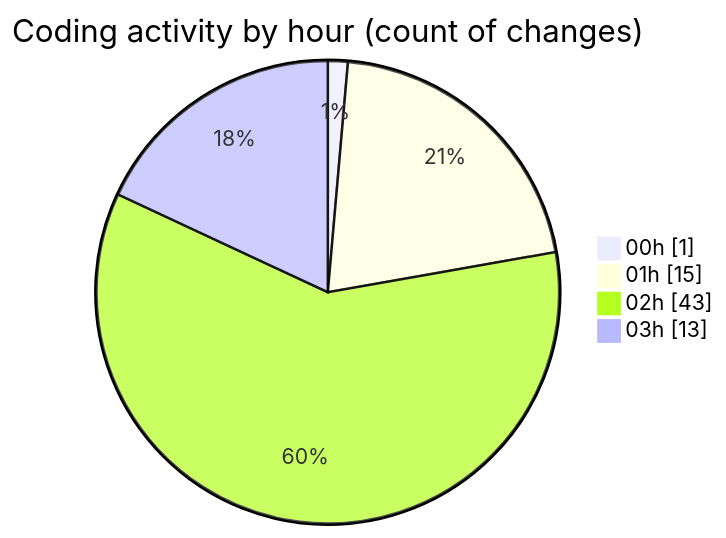
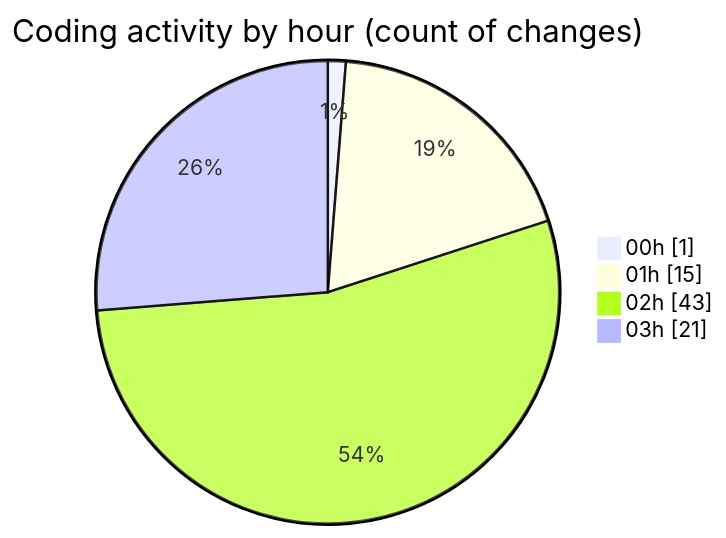
One commit to Elitesun/code-tracking changed the second of 2 diagrams in 2025-05-01/niten/README.md. Above: the diagram before and after it, drawn with Mermaid. The commit also changed other lines of this file and 1 other file, not shown here.

````diff
--- a/2025-05-01/niten/README.md
+++ b/2025-05-01/niten/README.md
@@ -49,8 +52,8 @@
 ```mermaid
 pie showData
 title Coding activity by hour (count of changes)
 "00h" : 1
 "01h" : 15
 "02h" : 43
-"03h" : 13
+"03h" : 21
 ```
````
